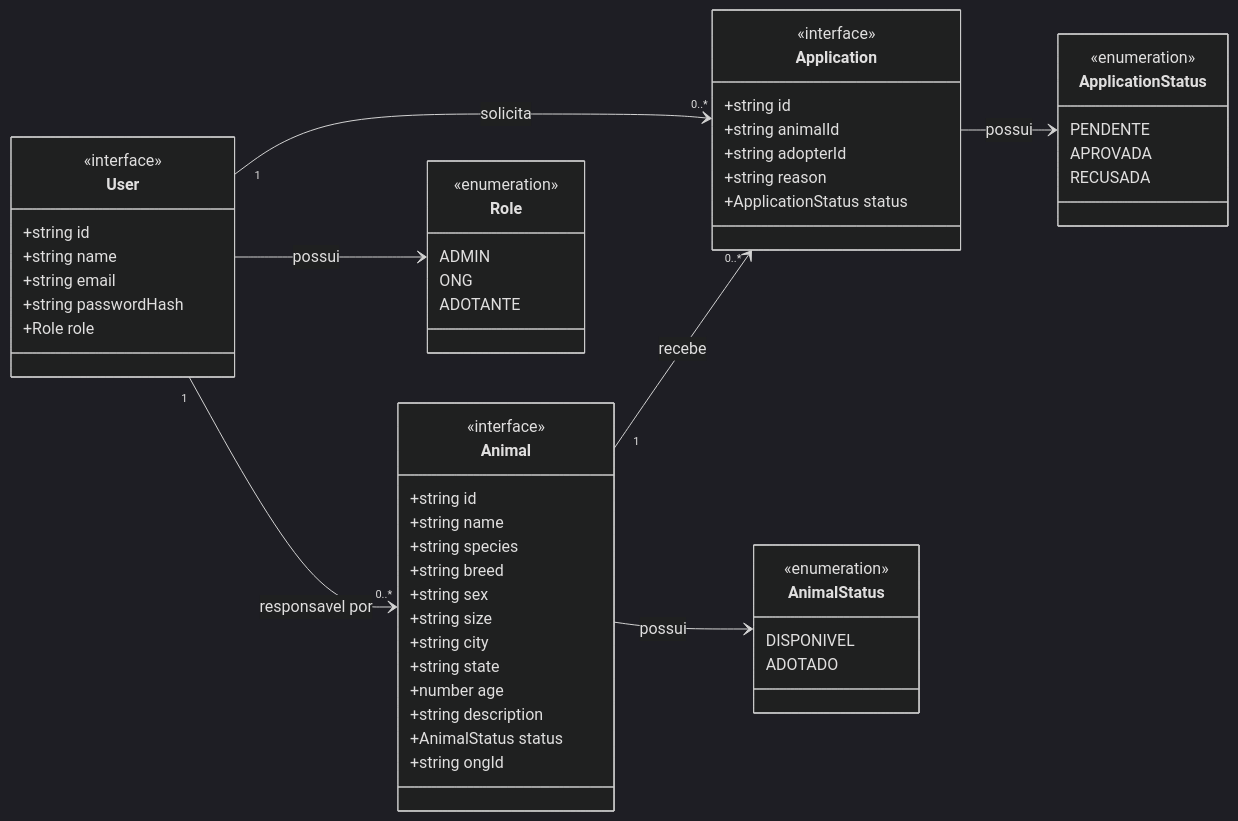
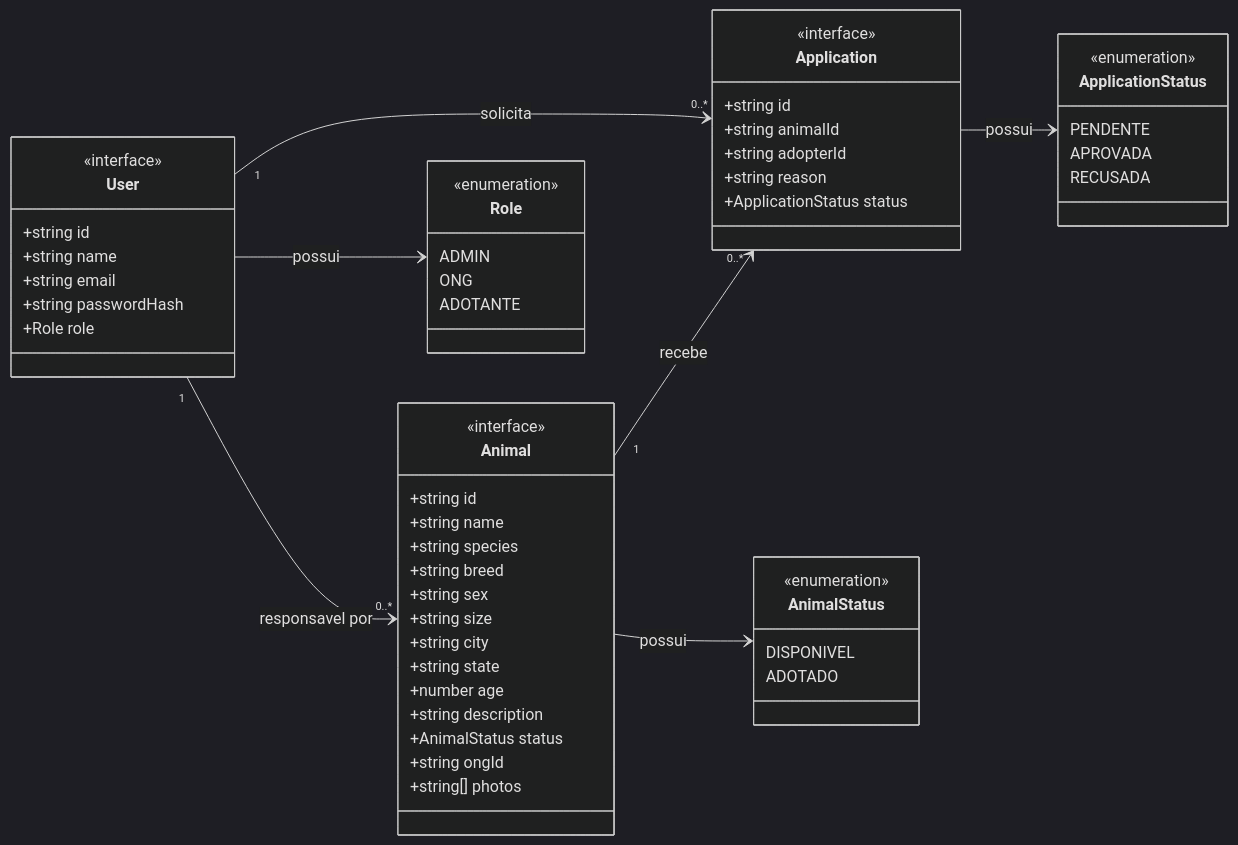
The diagram in docs/arquitetura/diagramas/04-classes-uml.mmd (KerollayneAkemy/API--ADOTAPET), drawn with Mermaid (dark theme) before and after one commit. The commit also changed 49 other files, not shown here.

```diff
--- a/docs/arquitetura/diagramas/04-classes-uml.mmd
+++ b/docs/arquitetura/diagramas/04-classes-uml.mmd
@@ -1,56 +1,57 @@
 classDiagram
 direction LR
 class User {
   <<interface>>
   +string id
   +string name
   +string email
   +string passwordHash
   +Role role
 }
 class Animal {
   <<interface>>
   +string id
   +string name
   +string species
   +string breed
   +string sex
   +string size
   +string city
   +string state
   +number age
   +string description
   +AnimalStatus status
   +string ongId
+  +string[] photos
 }
 class Application {
   <<interface>>
   +string id
   +string animalId
   +string adopterId
   +string reason
   +ApplicationStatus status
 }
 class Role {
   <<enumeration>>
   ADMIN
   ONG
   ADOTANTE
 }
 class AnimalStatus {
   <<enumeration>>
   DISPONIVEL
   ADOTADO
 }
 class ApplicationStatus {
   <<enumeration>>
   PENDENTE
   APROVADA
   RECUSADA
 }
 User "1" --> "0..*" Animal : responsavel por
 User "1" --> "0..*" Application : solicita
 Animal "1" --> "0..*" Application : recebe
 User --> Role : possui
 Animal --> AnimalStatus : possui
 Application --> ApplicationStatus : possui
```
